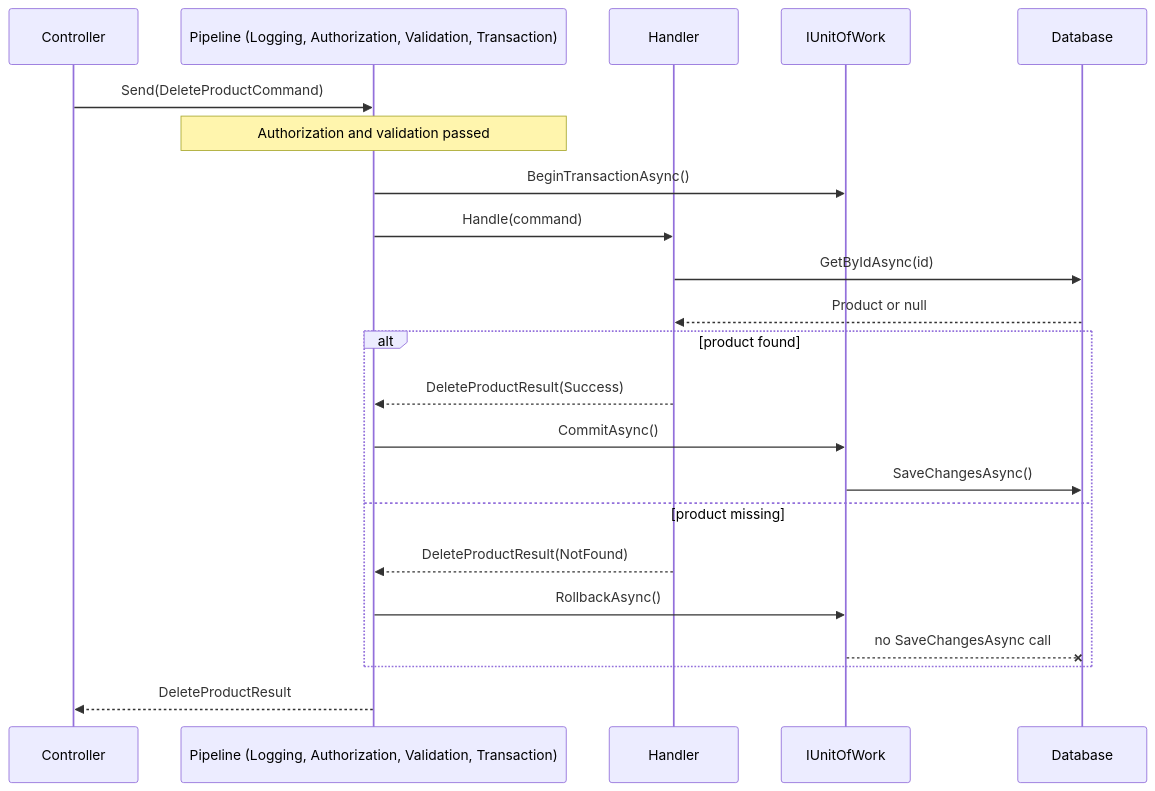
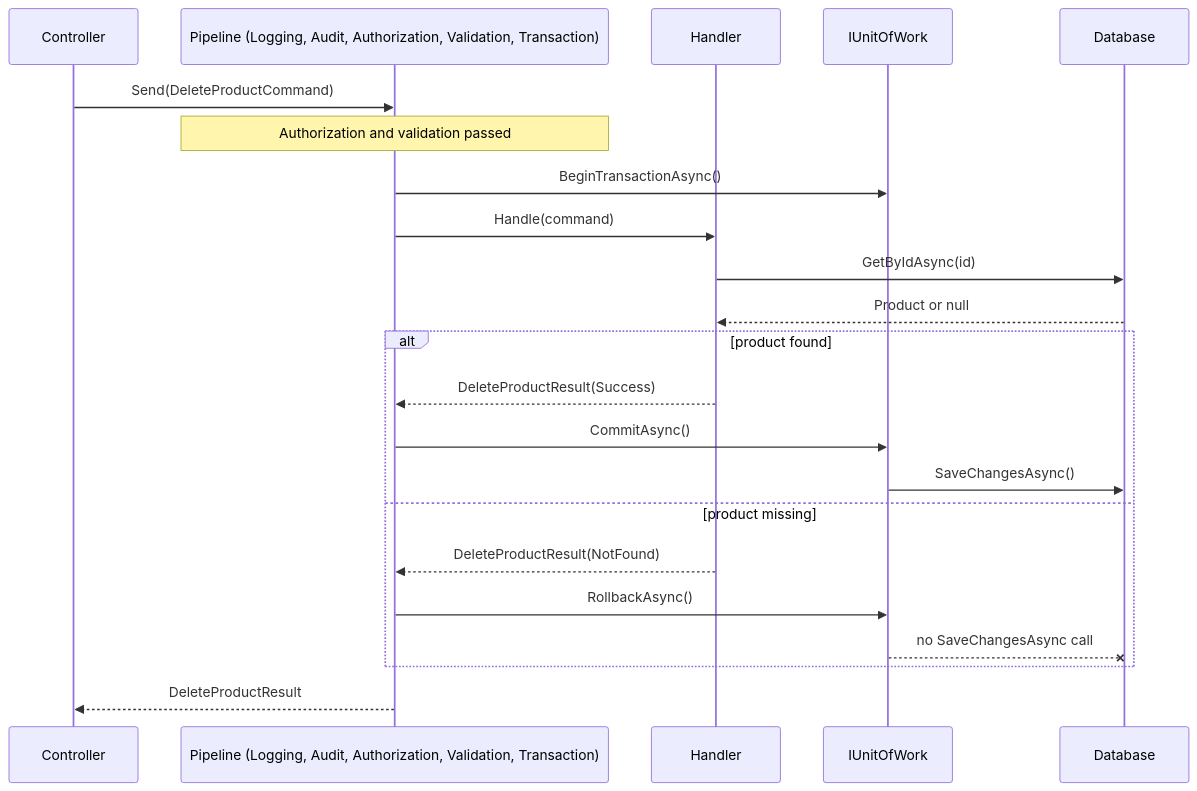
The fifth of 8 diagrams in README.md (rheone/poc_mediatr-union_types), drawn with Mermaid before and after one commit. The commit also changed other lines of this file and 54 other files, not shown here.

````diff
--- a/README.md
+++ b/README.md
@@ -997,27 +1009,27 @@
 ```mermaid
 sequenceDiagram
     participant C as Controller
-    participant P as Pipeline (Logging, Authorization, Validation, Transaction)
+    participant P as Pipeline (Logging, Audit, Authorization, Validation, Transaction)
     participant H as Handler
     participant U as IUnitOfWork
     participant D as Database
 
     C->>P: Send(DeleteProductCommand)
     Note over P: Authorization and validation passed
     P->>U: BeginTransactionAsync()
     P->>H: Handle(command)
     H->>D: GetByIdAsync(id)
     D-->>H: Product or null
 
     alt product found
         H-->>P: DeleteProductResult(Success)
         P->>U: CommitAsync()
         U->>D: SaveChangesAsync()
     else product missing
         H-->>P: DeleteProductResult(NotFound)
         P->>U: RollbackAsync()
         U--xD: no SaveChangesAsync call
     end
 
     P-->>C: DeleteProductResult
 ```
````
